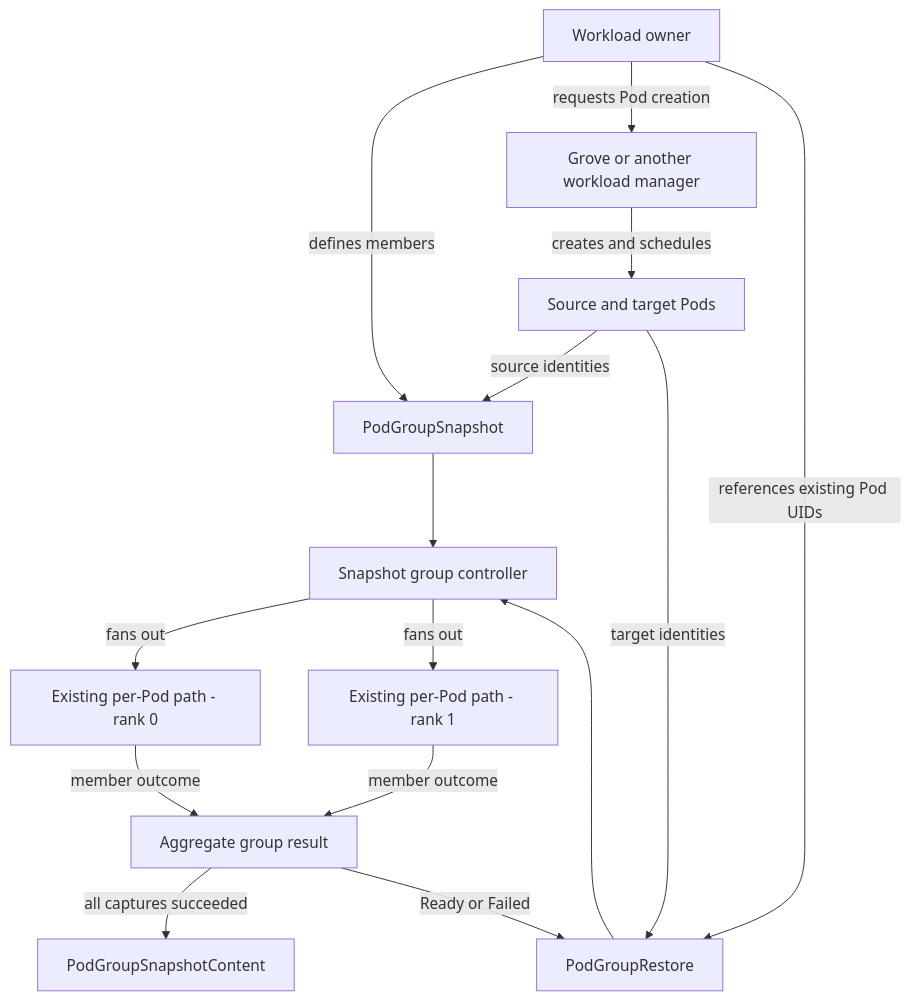
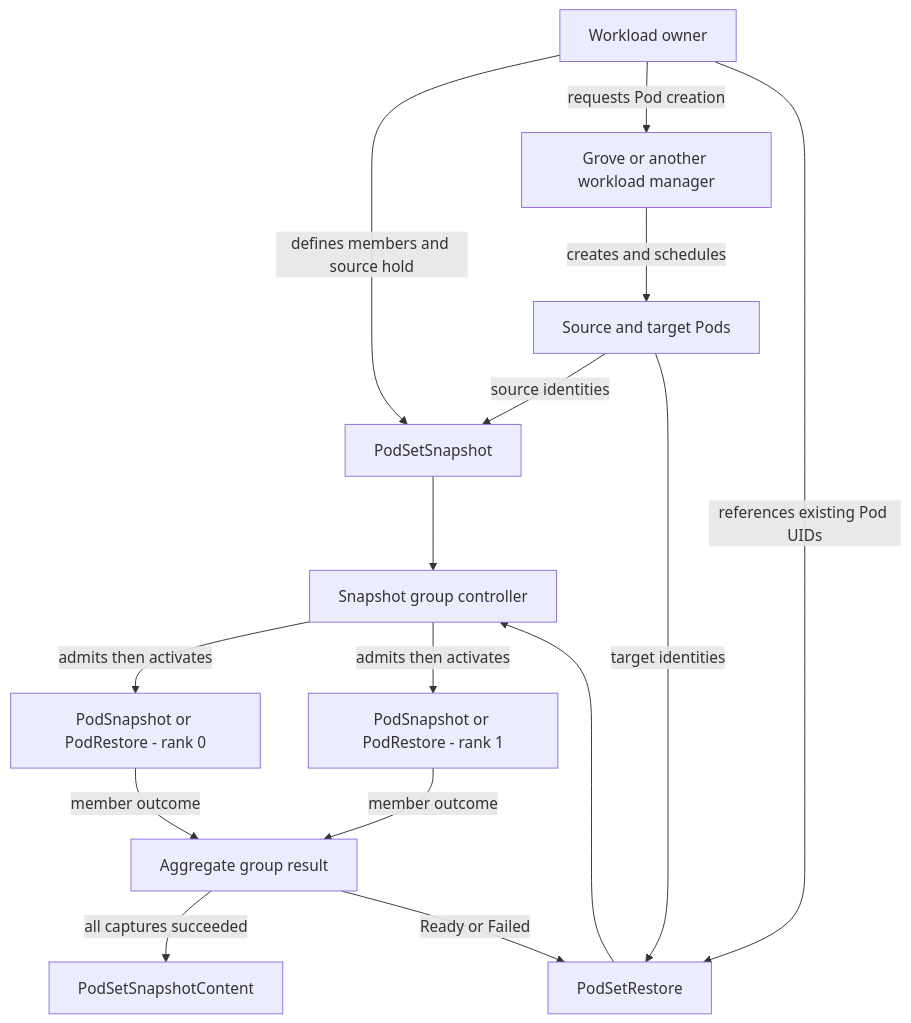
Before and after one commit to ai-dynamo/snapshot: the diagram in docs/proposals/324-multi-pod-snapshot-restore/diagrams/component-ownership.mmd, drawn with Mermaid. The commit also changed 10 other files, not shown here.

```diff
--- a/docs/proposals/324-multi-pod-snapshot-restore/diagrams/component-ownership.mmd
+++ b/docs/proposals/324-multi-pod-snapshot-restore/diagrams/component-ownership.mmd
@@ -1,29 +1,29 @@
 %% SPDX-FileCopyrightText: Copyright (c) 2026 NVIDIA CORPORATION & AFFILIATES. All rights reserved.
 %% SPDX-License-Identifier: Apache-2.0
 
 flowchart TB
     Owner["Workload owner"]
     Grove["Grove or another workload manager"]
     Pods["Source and target Pods"]
     Group["Snapshot group controller"]
-    Capture["PodGroupSnapshot"]
-    Content["PodGroupSnapshotContent"]
-    Restore["PodGroupRestore"]
-    Leaf0["Existing per-Pod path - rank 0"]
-    Leaf1["Existing per-Pod path - rank 1"]
+    Capture["PodSetSnapshot"]
+    Content["PodSetSnapshotContent"]
+    Restore["PodSetRestore"]
+    Leaf0["PodSnapshot or PodRestore - rank 0"]
+    Leaf1["PodSnapshot or PodRestore - rank 1"]
     Result["Aggregate group result"]
 
-    Owner -->|"defines members"| Capture
+    Owner -->|"defines members and source hold"| Capture
     Owner -->|"requests Pod creation"| Grove
     Grove -->|"creates and schedules"| Pods
     Owner -->|"references existing Pod UIDs"| Restore
     Pods -->|"source identities"| Capture
     Pods -->|"target identities"| Restore
     Capture --> Group
     Restore --> Group
-    Group -->|"fans out"| Leaf0
-    Group -->|"fans out"| Leaf1
+    Group -->|"admits then activates"| Leaf0
+    Group -->|"admits then activates"| Leaf1
     Leaf0 -->|"member outcome"| Result
     Leaf1 -->|"member outcome"| Result
     Result -->|"all captures succeeded"| Content
     Result -->|"Ready or Failed"| Restore
```
